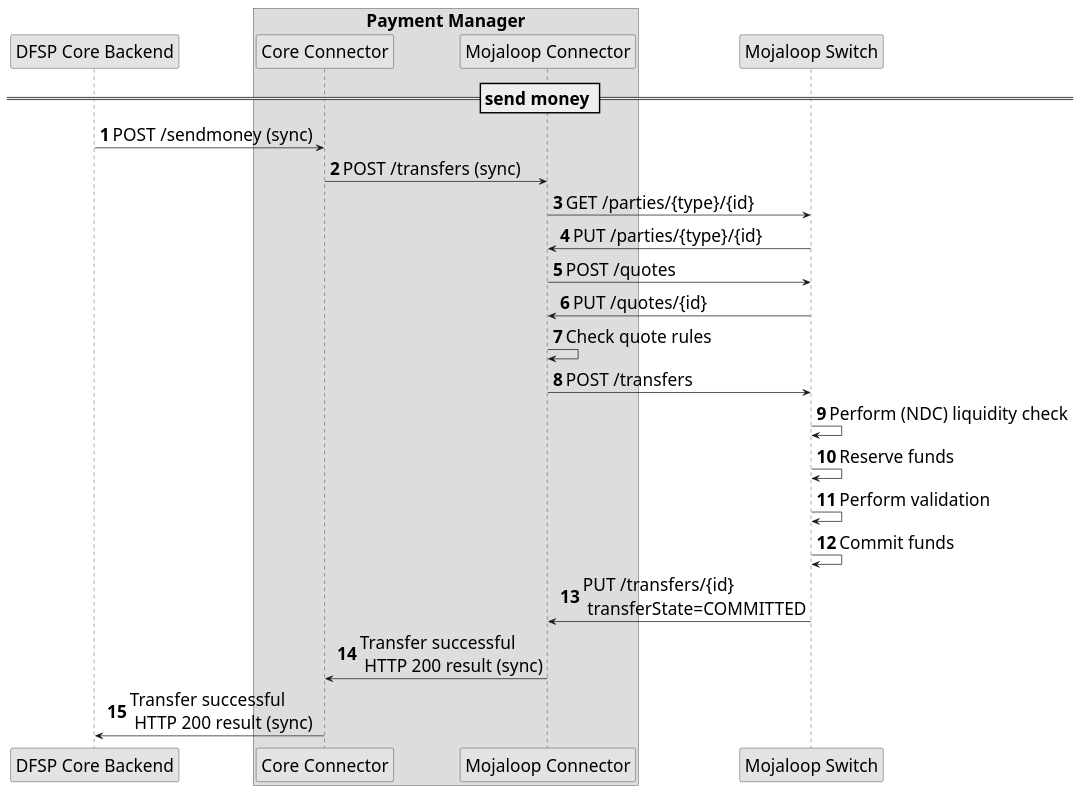
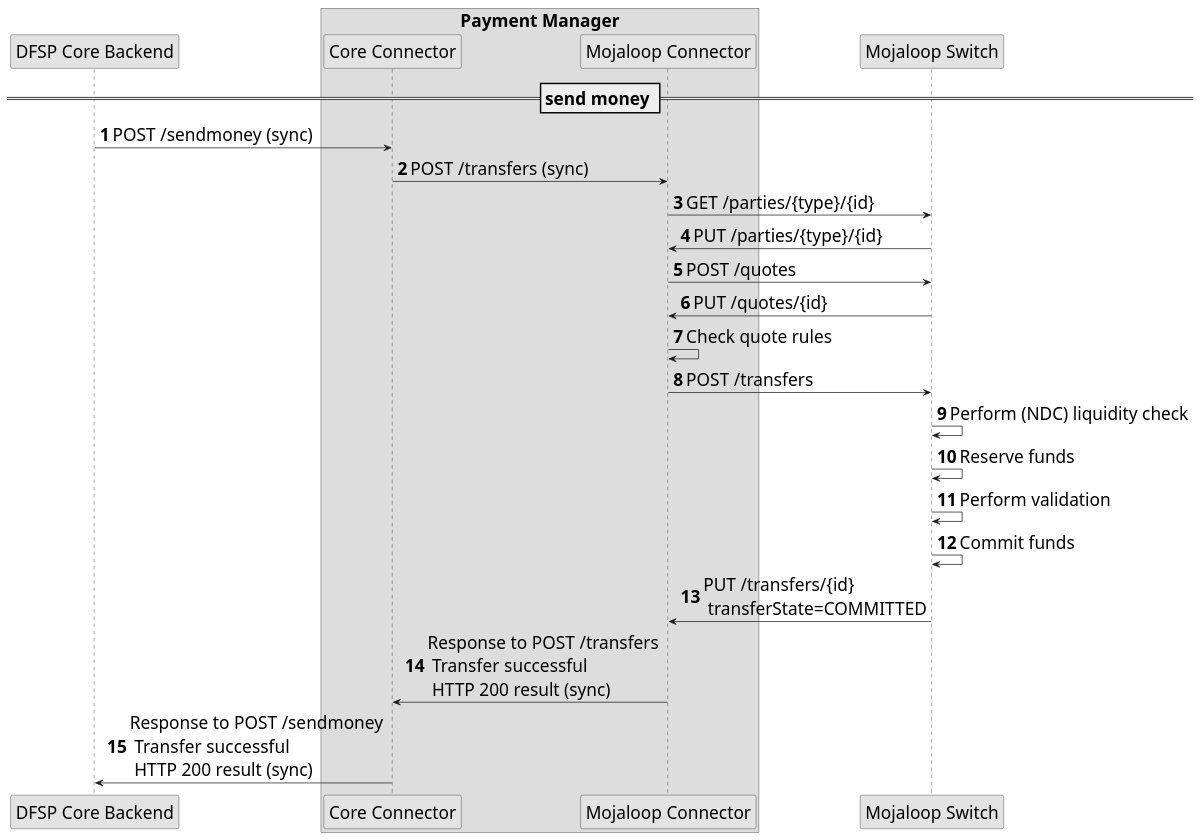
One commit to pm4ml/documents changed the diagram in modules/core_connector/images/PM4ML_CC_transfer_flow_payer_happy_path.plantuml. Above: the diagram before and after it, drawn with PlantUML. The commit also changed 5 other files, not shown here.

Commit message:
improved CC diagrams

```diff
--- a/modules/core_connector/images/PM4ML_CC_transfer_flow_payer_happy_path.plantuml
+++ b/modules/core_connector/images/PM4ML_CC_transfer_flow_payer_happy_path.plantuml
@@ -1,39 +1,39 @@
 @startuml
 
 autonumber
 skinparam activityFontSize 4
 skinparam activityDiamondFontSize 30
 skinparam activityArrowFontSize 24
 skinparam defaultFontSize 24
 skinparam noteFontSize 24
 skinparam monochrome true
 
 participant "DFSP Core Backend" as backend
 
 box Payment Manager
 participant "Core Connector" as cc
 participant "Mojaloop Connector" as sob
 end box
 
 participant "Mojaloop Switch" as sw
 
 
 == send money ==
 
     backend -> cc: POST /sendmoney (sync)
     cc->sob: POST /transfers (sync)
     sob -> sw: GET /parties/{type}/{id}
     sw -> sob: PUT /parties/{type}/{id}
     sob -> sw: POST /quotes
     sw -> sob: PUT /quotes/{id}
     sob -> sob: Check quote rules
     sob -> sw: POST /transfers
     sw -> sw: Perform (NDC) liquidity check
     sw -> sw: Reserve funds
     sw -> sw: Perform validation
     sw -> sw: Commit funds
     sw -> sob: PUT /transfers/{id} \n transferState=COMMITTED
-    sob -> cc: Transfer successful \n HTTP 200 result (sync)
-    cc -> backend: Transfer successful \n HTTP 200 result (sync)
+    sob -> cc: Response to POST /transfers \n Transfer successful \n HTTP 200 result (sync)
+    cc -> backend: Response to POST /sendmoney \n Transfer successful \n HTTP 200 result (sync)
 
 @enduml
```
